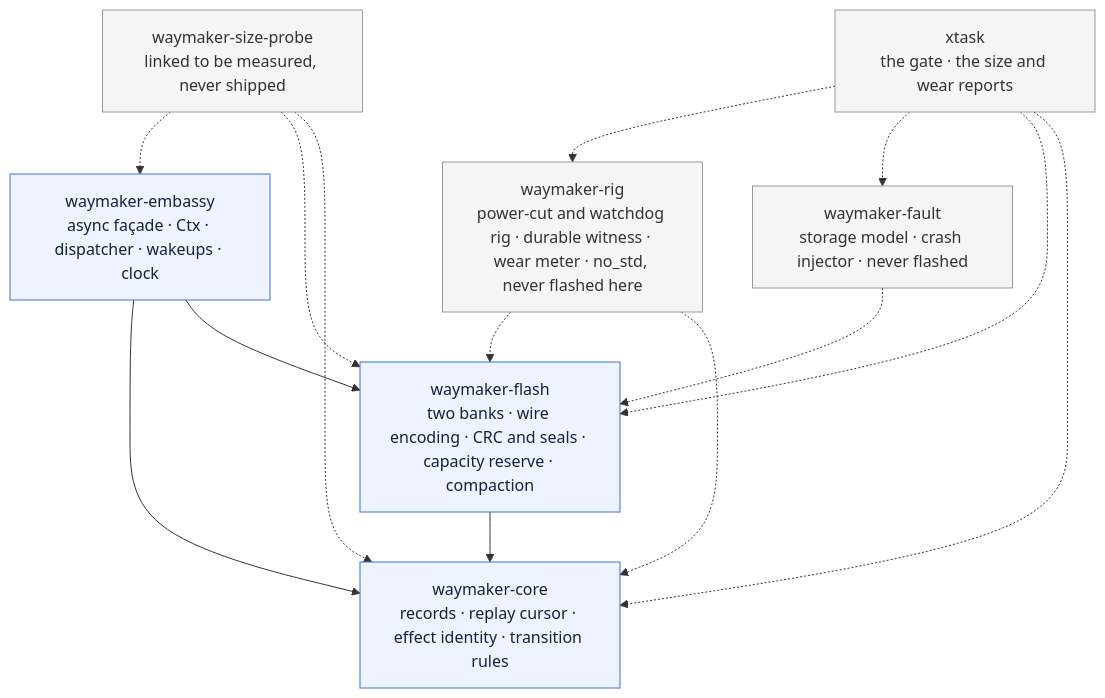
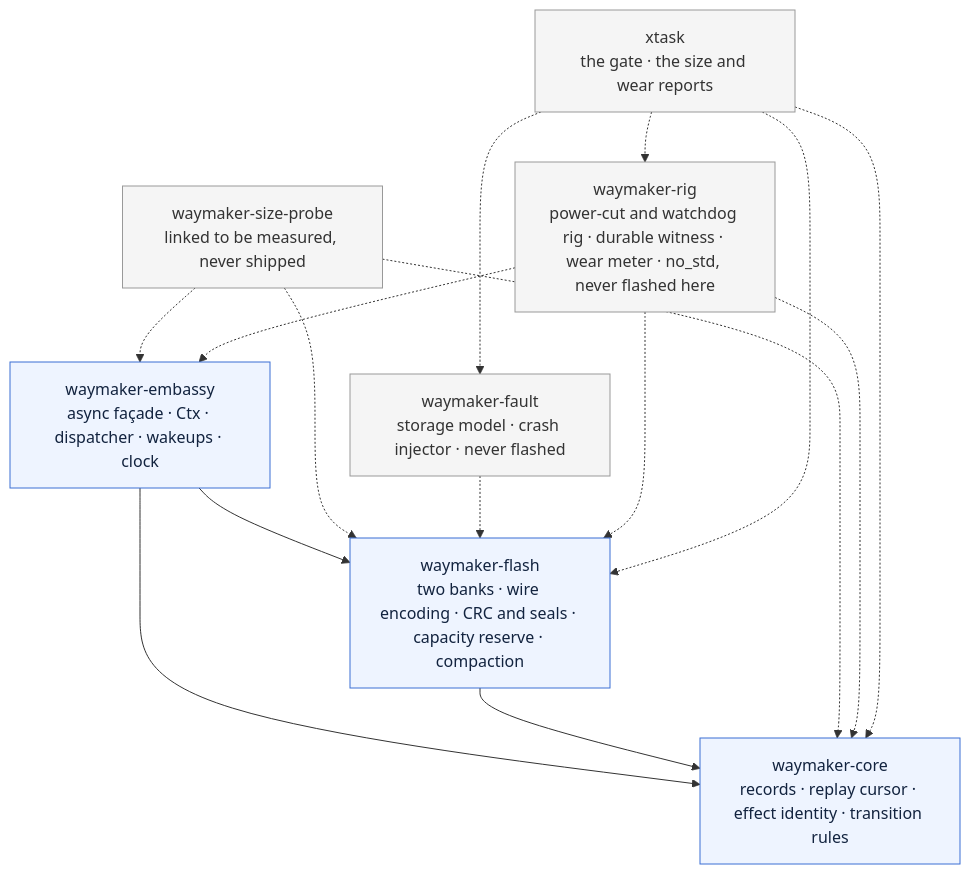
The first of 11 diagrams in docs/architecture.md (madmax983/waymaker), drawn with Mermaid before and after one commit. The commit also changed 15 other files, not shown here.

````diff
--- a/docs/architecture.md
+++ b/docs/architecture.md
@@ -50,30 +50,31 @@
 ```mermaid
 graph TD
   waymaker-embassy["waymaker-embassy<br/>async façade · Ctx · dispatcher · wakeups · clock"]
   waymaker-flash["waymaker-flash<br/>two banks · wire encoding · CRC and seals · capacity reserve · compaction"]
   waymaker-core["waymaker-core<br/>records · replay cursor · effect identity · transition rules"]
   waymaker-size-probe["waymaker-size-probe<br/>linked to be measured, never shipped"]
   waymaker-fault["waymaker-fault<br/>storage model · crash injector · never flashed"]
   waymaker-rig["waymaker-rig<br/>power-cut and watchdog rig · durable witness · wear meter · no_std, never flashed here"]
   xtask["xtask<br/>the gate · the size and wear reports"]
 
   waymaker-embassy --> waymaker-core
   waymaker-embassy --> waymaker-flash
   waymaker-flash --> waymaker-core
 
   waymaker-size-probe -.-> waymaker-embassy
   waymaker-size-probe -.-> waymaker-flash
   waymaker-size-probe -.-> waymaker-core
   waymaker-fault -.-> waymaker-flash
   waymaker-rig -.-> waymaker-flash
+  waymaker-rig -.-> waymaker-embassy
   waymaker-rig -.-> waymaker-core
   xtask -.-> waymaker-rig
   xtask -.-> waymaker-fault
   xtask -.-> waymaker-flash
   xtask -.-> waymaker-core
 
   classDef layer fill:#eef4ff,stroke:#3b6fd4,color:#12233f;
   classDef tool fill:#f5f5f5,stroke:#999999,color:#333333;
   class waymaker-embassy,waymaker-flash,waymaker-core layer;
   class waymaker-size-probe,waymaker-fault,waymaker-rig,xtask tool;
 ```
````
